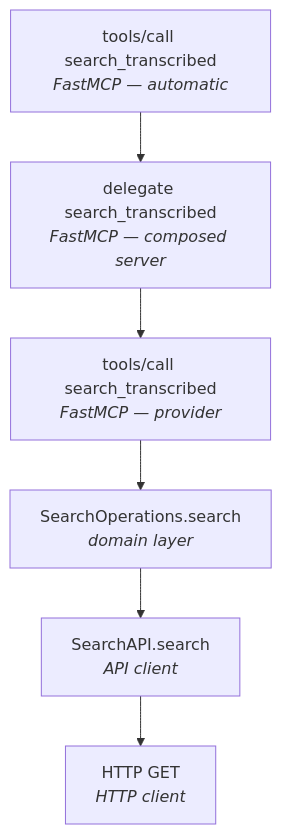
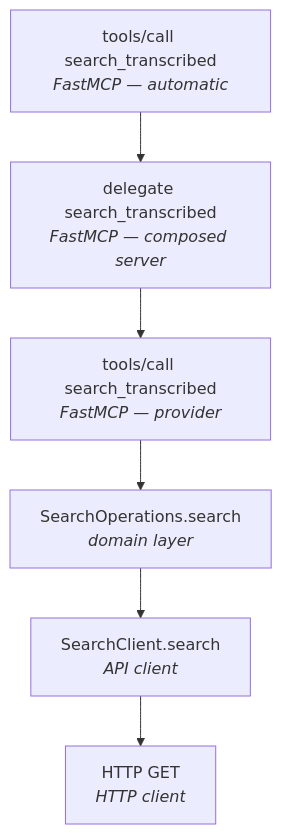
The diagram in docs/development/observability.md (AI-Riksarkivet/ra-mcp), drawn with Mermaid before and after one commit. The commit also changed other lines of this file and 40 other files, not shown here.

````diff
--- a/docs/development/observability.md
+++ b/docs/development/observability.md
@@ -21,11 +21,11 @@
 ``` mermaid
 graph TD
   A["tools/call search_transcribed\n<i>FastMCP — automatic</i>"]
   B["delegate search_transcribed\n<i>FastMCP — composed server</i>"]
   C["tools/call search_transcribed\n<i>FastMCP — provider</i>"]
   D["SearchOperations.search\n<i>domain layer</i>"]
-  E["SearchAPI.search\n<i>API client</i>"]
+  E["SearchClient.search\n<i>API client</i>"]
   F["HTTP GET\n<i>HTTP client</i>"]
 
   A --> B --> C --> D --> E --> F
 ```
````
